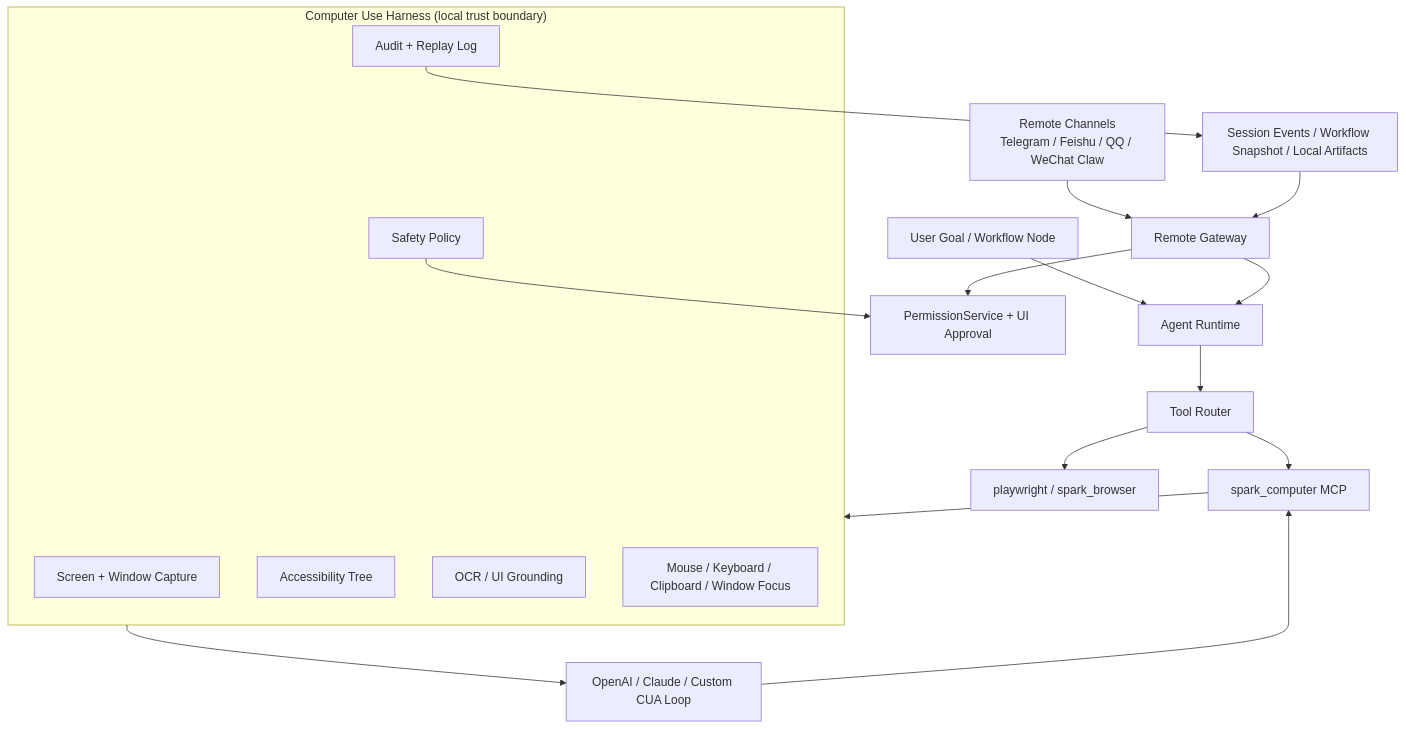
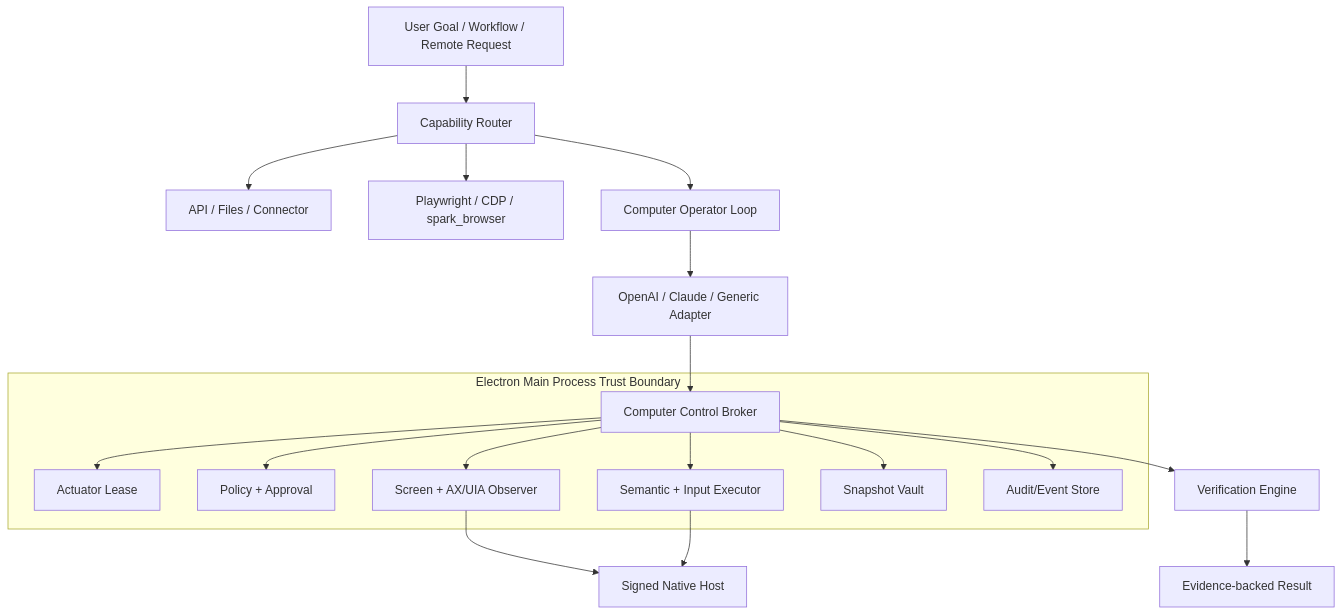
One commit to alexanderizh/spark-agent changed the diagram in docs/COMPUTER_USE_PLAN.md. Above: the diagram before and after it, drawn with Mermaid. The commit also changed other lines of this file and 191 other files, not shown here.

Commit message:
feat(computer-use): ship governed cross-platform desktop control

````diff
--- a/docs/COMPUTER_USE_PLAN.md
+++ b/docs/COMPUTER_USE_PLAN.md
@@ -80,26 +260,24 @@
 ```mermaid
 flowchart TB
-    User["User Goal / Workflow Node"] --> Runtime["Agent Runtime"]
-    Remote["Remote Channels<br/>Telegram / Feishu / QQ / WeChat Claw"] --> RemoteGateway["Remote Gateway"]
-    RemoteGateway --> Runtime
-    RemoteGateway --> Permission
-    Runtime --> Router["Tool Router"]
-    Router --> Browser["playwright / spark_browser"]
-    Router --> Computer["spark_computer MCP"]
+    Goal["User Goal / Workflow / Remote Request"] --> Router["Capability Router"]
+    Router --> API["API / Files / Connector"]
+    Router --> Browser["Playwright / CDP / spark_browser"]
+    Router --> Operator["Computer Operator Loop"]
 
-    subgraph Harness["Computer Use Harness (local trust boundary)"]
-      Capture["Screen + Window Capture"]
-      A11y["Accessibility Tree"]
-      Grounding["OCR / UI Grounding"]
-      Policy["Safety Policy"]
-      Executor["Mouse / Keyboard / Clipboard / Window Focus"]
-      Audit["Audit + Replay Log"]
+    Operator --> Adapter["OpenAI / Claude / Generic Adapter"]
+    Adapter --> Broker["Computer Control Broker"]
+
+    subgraph TrustBoundary["Electron Main Process Trust Boundary"]
+      Broker --> Lease["Actuator Lease"]
+      Broker --> Policy["Policy + Approval"]
+      Broker --> Observer["Screen + AX/UIA Observer"]
+      Broker --> Executor["Semantic + Input Executor"]
+      Broker --> Snapshot["Snapshot Vault"]
+      Broker --> Audit["Audit/Event Store"]
     end
 
-    Computer --> Harness
-    Harness --> ModelLoop["OpenAI / Claude / Custom CUA Loop"]
-    ModelLoop --> Computer
-    Policy --> Permission["PermissionService + UI Approval"]
-    Audit --> Artifacts["Session Events / Workflow Snapshot / Local Artifacts"]
-    Artifacts --> RemoteGateway
+    Observer --> Native["Signed Native Host"]
+    Executor --> Native
+    Broker --> Verify["Verification Engine"]
+    Verify --> Result["Evidence-backed Result"]
 ```
````
